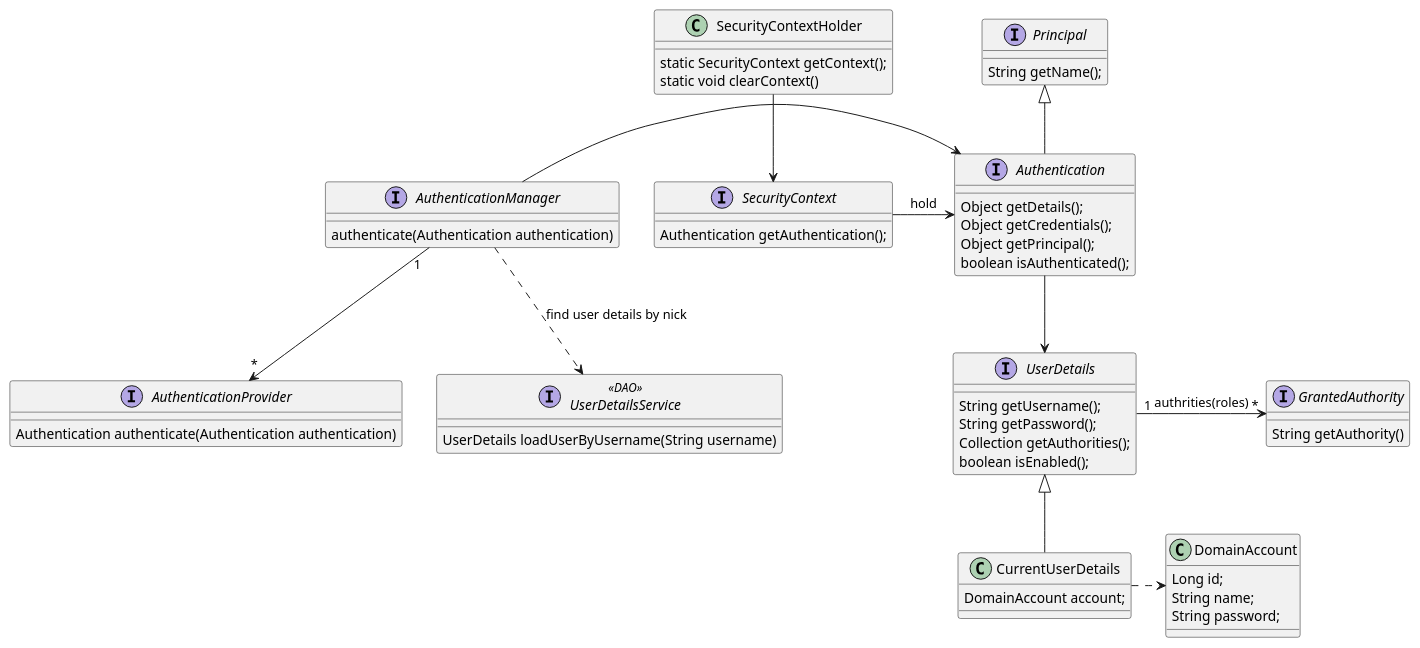
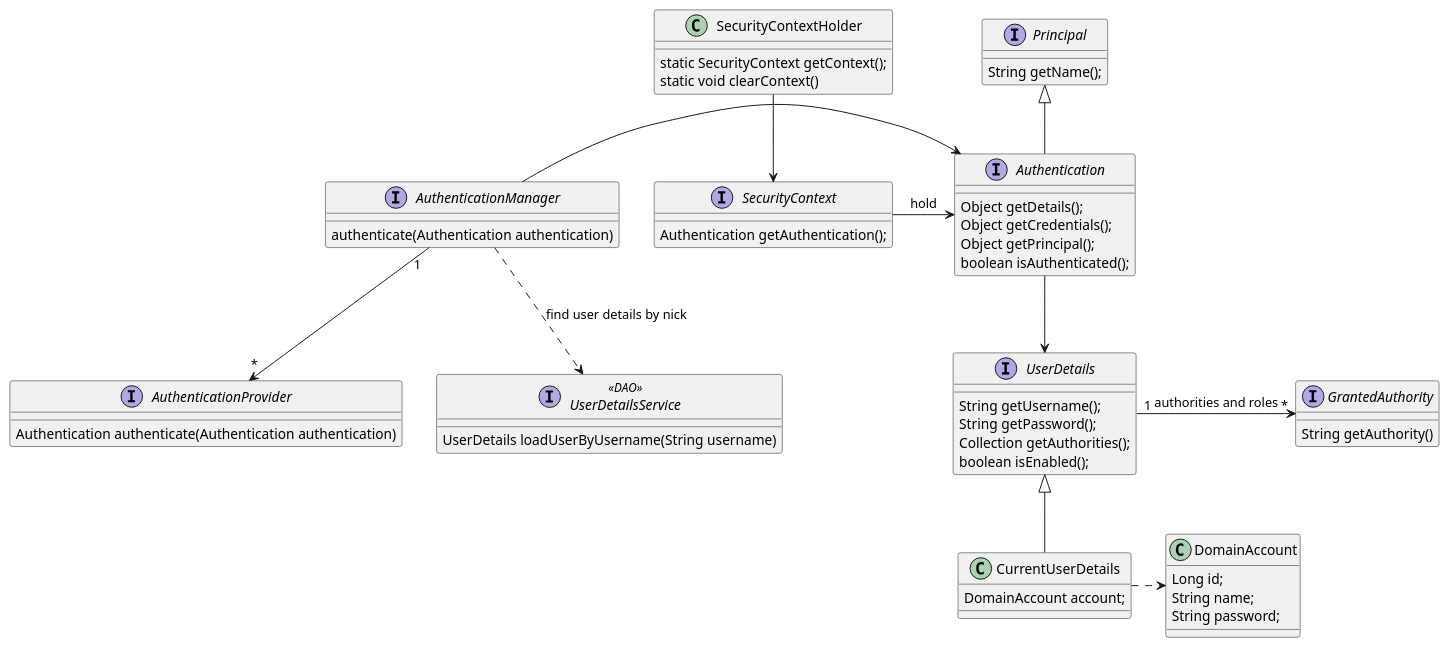
One commit to linux-china/spring-security-demo changed the diagram in src/main/uml/security-class.puml. Above: the diagram before and after it, drawn with PlantUML.

Commit message:
minor update

```diff
--- a/src/main/uml/security-class.puml
+++ b/src/main/uml/security-class.puml
@@ -1,63 +1,63 @@
 @startuml
 
 interface UserDetails  {
   String getUsername();
   String getPassword();
   Collection getAuthorities();
   boolean isEnabled();
 }
 
 interface GrantedAuthority{
    String getAuthority()
 }
 class DomainAccount {
    Long id;
    String name;
    String password;
 }
 class CurrentUserDetails {
    DomainAccount account;
 }
-UserDetails "1" -right-> "*" GrantedAuthority: authrities(roles)
+UserDetails "1" -right-> "*" GrantedAuthority: authorities and roles
 CurrentUserDetails -up-|> UserDetails
 CurrentUserDetails .right.> DomainAccount
 
 interface Principal {
   String getName();
 }
 interface Authentication {
   Object getDetails();
   Object getCredentials();
   Object getPrincipal();
   boolean isAuthenticated();
 }
 Authentication -up-|> Principal
 Authentication --> UserDetails
 
 interface AuthenticationProvider {
    Authentication authenticate(Authentication authentication)
 }
 interface AuthenticationManager {
    authenticate(Authentication authentication)
 }
 
 interface UserDetailsService <<DAO>> {
    UserDetails loadUserByUsername(String username)
 }
 
 AuthenticationManager "1" --> "*" AuthenticationProvider
 AuthenticationManager ..> UserDetailsService: find user details by nick
 AuthenticationManager -> Authentication
 
 class SecurityContextHolder {
    static SecurityContext getContext();
    static void clearContext()
 }
 interface SecurityContext {
    Authentication getAuthentication();
 }
 SecurityContextHolder -down-> SecurityContext
 SecurityContext -right-> Authentication: hold
 
 
 @enduml
```
